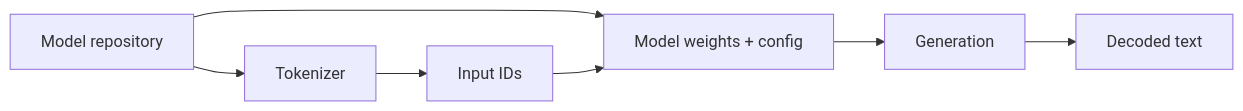
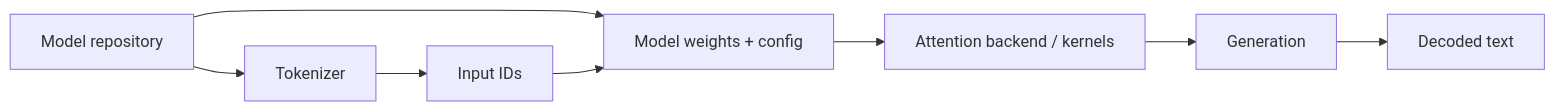
One commit to salman0butt/handbook changed the diagram in docs/ai-engineering/zero-to-hero/inference/huggingface-transformers.md. Above: the diagram before and after it, drawn with Mermaid. The commit also changed other lines of this file and 9 other files, not shown here.

````diff
--- a/docs/ai-engineering/zero-to-hero/inference/huggingface-transformers.md
+++ b/docs/ai-engineering/zero-to-hero/inference/huggingface-transformers.md
@@ -10,9 +10,10 @@
 ```mermaid
 flowchart LR
   REPO[Model repository] --> TOK[Tokenizer]
   REPO --> MODEL[Model weights + config]
   TOK --> IDS[Input IDs]
   IDS --> MODEL
-  MODEL --> GEN[Generation]
+  MODEL --> ATTN[Attention backend / kernels]
+  ATTN --> GEN[Generation]
   GEN --> TXT[Decoded text]
 ```
````
